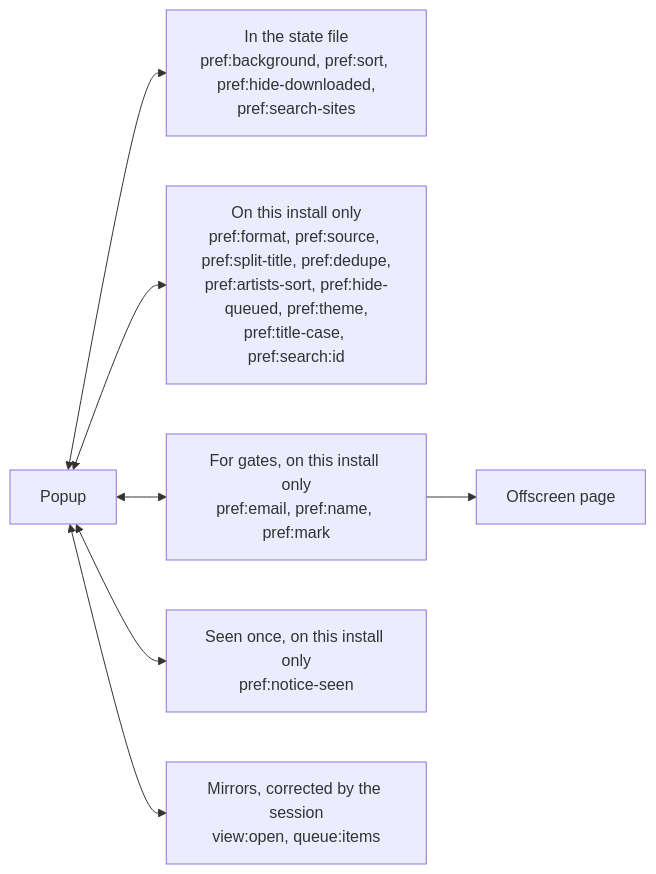
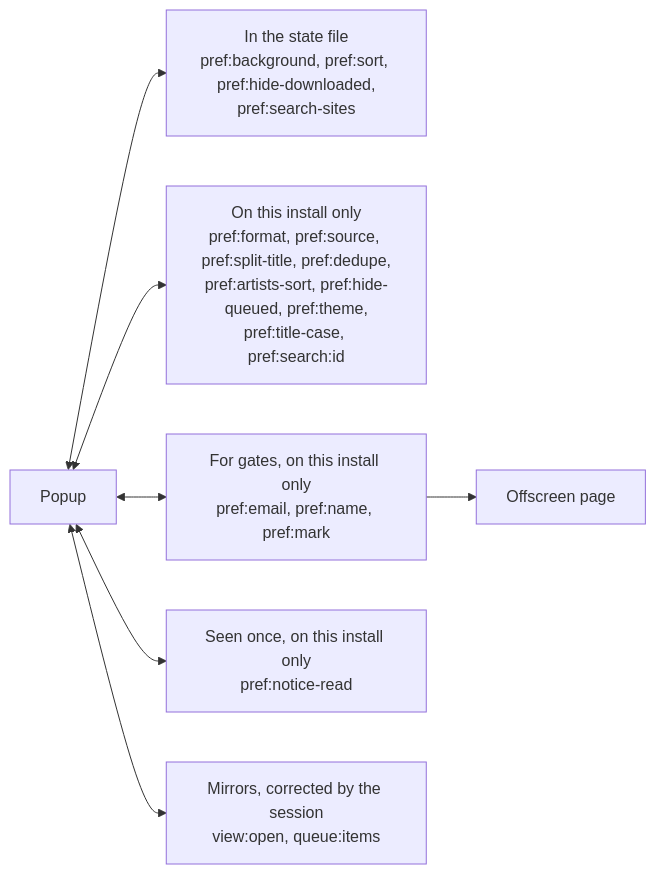
The third of 9 diagrams in apps/localtoolbox/docs/diagrams/state.md (cutenode/localnetwork), drawn with Mermaid before and after one commit. The commit also changed 13 other files, not shown here.

````diff
--- a/apps/localtoolbox/docs/diagrams/state.md
+++ b/apps/localtoolbox/docs/diagrams/state.md
@@ -73,17 +73,17 @@
 ```mermaid
 flowchart LR
   Popup["Popup"]
   Offscreen["Offscreen page"]
   File["In the state file<br/>pref:background, pref:sort, pref:hide-downloaded,<br/>pref:search-sites"]
   Stay["On this install only<br/>pref:format, pref:source, pref:split-title, pref:dedupe,<br/>pref:artists-sort, pref:hide-queued, pref:theme,<br/>pref:title-case, pref:search:id"]
   Gate["For gates, on this install only<br/>pref:email, pref:name, pref:mark"]
-  Notice["Seen once, on this install only<br/>pref:notice-seen"]
+  Notice["Seen once, on this install only<br/>pref:notice-read"]
   Mirror["Mirrors, corrected by the session<br/>view:open, queue:items"]
 
   Popup <--> File
   Popup <--> Stay
   Popup <--> Gate
   Popup <--> Mirror
   Popup <--> Notice
   Gate --> Offscreen
 ```
````
